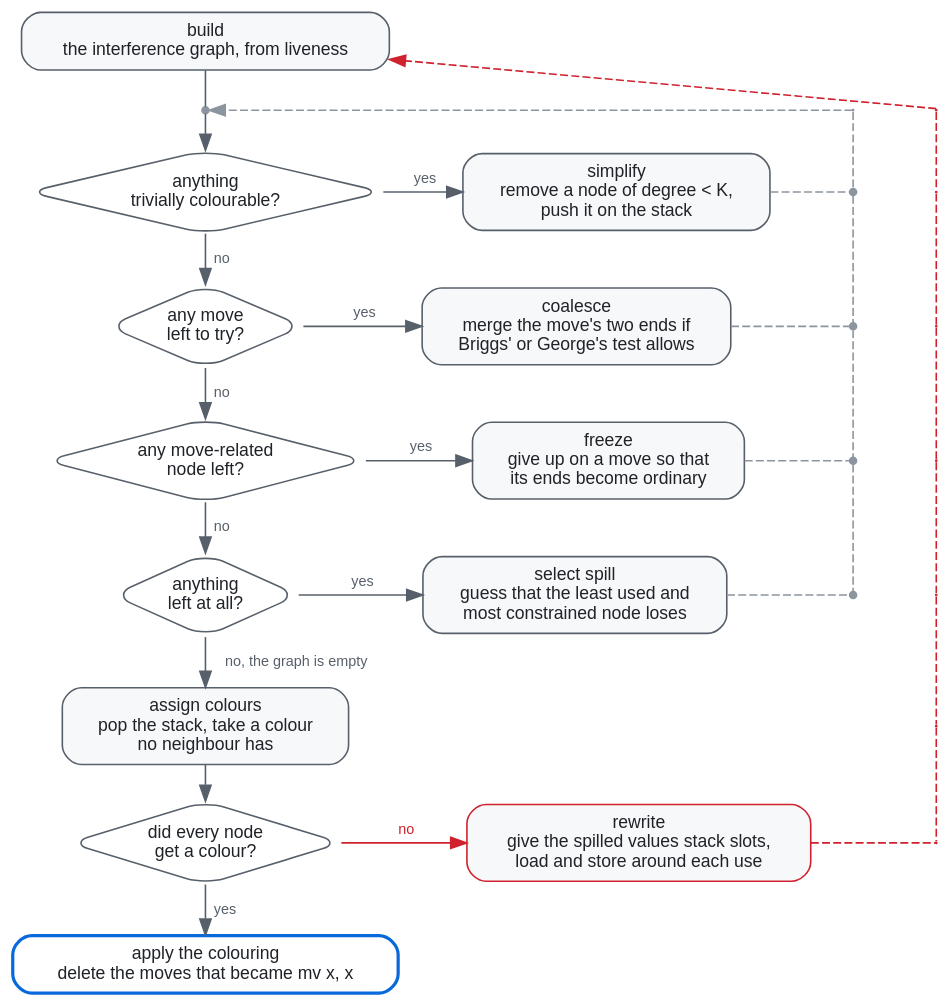
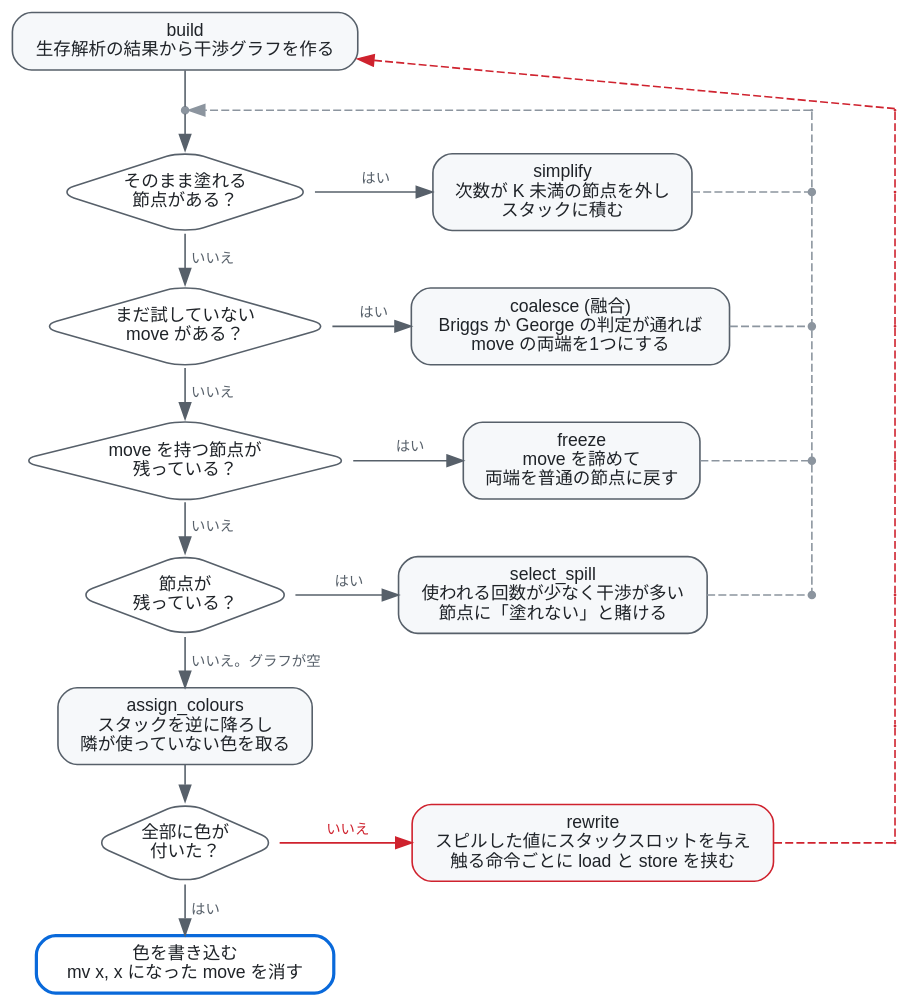
The diagram in Sable/compiler/doc/figures/regalloc-loop.dot (aita/CompLab), drawn with Graphviz before and after one commit. The commit also changed 13 other files, not shown here.

First line of the commit message:
Write the figures in Japanese, like the documents around them

```diff
--- a/Sable/compiler/doc/figures/regalloc-loop.dot
+++ b/Sable/compiler/doc/figures/regalloc-loop.dot
@@ -1,113 +1,115 @@
 // What `work ()` in regalloc.ml does, and the outer loop around it.  The
 // cascade of tests is the `if ... else if ...` chain in the source, in order.
+// Labels are Japanese, like the document; the names of the steps are left as
+// they are in the source so the two can be read side by side.
 //
 // The two return paths run in lanes of their own: a column of point nodes,
 // one per rank, tied together by constrained edges and put in one `group`.
 // That is what makes dot draw them as straight verticals instead of letting
 // each hop wander around whatever box happens to be in the way.
 //
 // Render with ./render.sh (needs graphviz).
 digraph regalloc {
   rankdir = TB;
   bgcolor = "transparent";
   nodesep = 0.35;
   ranksep = 0.30;
   node [shape = box, style = "rounded,filled", fillcolor = "#f6f8fa",
         color = "#57606a", fontcolor = "#1f2328",
         fontname = "Helvetica", fontsize = 11, margin = "0.16,0.09"];
   edge [color = "#57606a", fontcolor = "#57606a",
         fontname = "Helvetica", fontsize = 9];
 
   // ------------------------------------------------ the cascade, one column
   { node [group = "spine"]; build; select; done; }
   { node [shape = diamond, fillcolor = "#ffffff", margin = "0.02,0.01",
           group = "spine"];
     q1; q2; q3; q4; q5; }
   // Where the inner loop rejoins: after build, before the first test.
   { node [shape = point, width = 0.06, style = filled,
           color = "#8c959f", fillcolor = "#8c959f", group = "spine"];
     top; }
 
-  build [label = "build\nthe interference graph, from liveness"];
-  q1 [label = "anything\ntrivially colourable?"];
-  q2 [label = "any move\nleft to try?"];
-  q3 [label = "any move-related\nnode left?"];
-  q4 [label = "anything\nleft at all?"];
-  q5 [label = "did every node\nget a colour?"];
+  build [label = "build\n生存解析の結果から干渉グラフを作る"];
+  q1 [label = "そのまま塗れる\n節点がある？"];
+  q2 [label = "まだ試していない\nmove がある？"];
+  q3 [label = "move を持つ節点が\n残っている？"];
+  q4 [label = "節点が\n残っている？"];
+  q5 [label = "全部に色が\n付いた？"];
 
-  simplify [label = "simplify\nremove a node of degree < K,\npush it on the stack"];
-  coalesce [label = "coalesce\nmerge the move's two ends if\nBriggs' or George's test allows"];
-  freeze   [label = "freeze\ngive up on a move so that\nits ends become ordinary"];
-  spill    [label = "select spill\nguess that the least used and\nmost constrained node loses"];
-  select   [label = "assign colours\npop the stack, take a colour\nno neighbour has"];
-  rewrite  [label = "rewrite\ngive the spilled values stack slots,\nload and store around each use",
+  simplify [label = "simplify\n次数が K 未満の節点を外し\nスタックに積む"];
+  coalesce [label = "coalesce (融合)\nBriggs か George の判定が通れば\nmove の両端を1つにする"];
+  freeze   [label = "freeze\nmove を諦めて\n両端を普通の節点に戻す"];
+  spill    [label = "select_spill\n使われる回数が少なく干渉が多い\n節点に「塗れない」と賭ける"];
+  select   [label = "assign_colours\nスタックを逆に降ろし\n隣が使っていない色を取る"];
+  rewrite  [label = "rewrite\nスピルした値にスタックスロットを与え\n触る命令ごとに load と store を挟む",
             color = "#cf222e"];
-  done     [label = "apply the colouring\ndelete the moves that became mv x, x",
+  done     [label = "色を書き込む\nmv x, x になった move を消す",
             fillcolor = "#ffffff", color = "#0969da", penwidth = 2];
 
   // ------------------------------------------------------------- the lanes
   // b1..b4 are real junctions -- a step joins the lane there -- so they are
   // drawn.  The outer lane joins nothing on the way past, so its nodes are
   // corners only and stay invisible.
   { node [shape = point, width = 0.06, style = filled,
           color = "#8c959f", fillcolor = "#8c959f", group = "inner"];
     b1; b2; b3; b4; }
   // The corner the inner lane turns at, so the last hop is two straight
   // segments rather than one long diagonal.
   { node [shape = point, width = 0.01, style = filled,
           color = "#8c959f", fillcolor = "#8c959f", group = "inner"]; b0; }
   { node [shape = point, width = 0.01, style = filled,
           color = "#cf222e", fillcolor = "#cf222e", group = "outer"];
     c0; c1; c2; c3; c4; c5; c6; }
 
   // ---------------------------------------------------------- the flow down
   build -> top [dir = none];
   top -> q1;
-  q1 -> q2 [label = "  no"];
-  q2 -> q3 [label = "  no"];
-  q3 -> q4 [label = "  no"];
-  q4 -> select [label = "  no, the graph is empty"];
+  q1 -> q2 [label = "  いいえ"];
+  q2 -> q3 [label = "  いいえ"];
+  q3 -> q4 [label = "  いいえ"];
+  q4 -> select [label = "  いいえ。グラフが空"];
   select -> q5;
-  q5 -> done [label = "  yes"];
+  q5 -> done [label = "  はい"];
 
   { rank = same; top; b0; c0; }
   { rank = same; q1; simplify; b1; c1; }
   { rank = same; q2; coalesce; b2; c2; }
   { rank = same; q3; freeze;   b3; c3; }
   { rank = same; q4; spill;    b4; c4; }
   { rank = same; select; c5; }
   { rank = same; q5; rewrite; c6; }
 
   // Flat edges fix the left-to-right order within a rank: the inner lane
   // stays inside the outer one whatever the boxes do.
   edge [style = invis];
   b0 -> c0; b1 -> c1; b2 -> c2; b3 -> c3; b4 -> c4;
   edge [style = solid];
 
-  q1 -> simplify [label = "  yes"];
-  q2 -> coalesce [label = "  yes"];
-  q3 -> freeze [label = "  yes"];
-  q4 -> spill [label = "  yes"];
-  q5 -> rewrite [label = "  no", color = "#cf222e", fontcolor = "#cf222e"];
+  q1 -> simplify [label = "  はい"];
+  q2 -> coalesce [label = "  はい"];
+  q3 -> freeze [label = "  はい"];
+  q4 -> spill [label = "  はい"];
+  q5 -> rewrite [label = "  いいえ", color = "#cf222e", fontcolor = "#cf222e"];
 
-  // Every step of the cascade goes back to the top of the cascade.
+  // どの操作のあとも連鎖の先頭へ戻る。
   simplify -> b1 [dir = none, style = dashed, color = "#8c959f"];
   coalesce -> b2 [dir = none, style = dashed, color = "#8c959f"];
   freeze   -> b3 [dir = none, style = dashed, color = "#8c959f"];
   spill    -> b4 [dir = none, style = dashed, color = "#8c959f"];
   b1 -> b2 [dir = none, style = dashed, color = "#8c959f"];
   b2 -> b3 [dir = none, style = dashed, color = "#8c959f"];
   b3 -> b4 [dir = none, style = dashed, color = "#8c959f"];
   b0 -> b1 [dir = none, style = dashed, color = "#8c959f"];
   b0 -> top [style = dashed, color = "#8c959f", constraint = false];
 
-  // A spill sends the whole thing back to build: a new graph, from scratch.
+  // スピルしたら build からやり直し。グラフを作り直す。
   rewrite -> c6 [dir = none, style = dashed, color = "#cf222e"];
   c0 -> c1 [dir = none, style = dashed, color = "#cf222e"];
   c1 -> c2 [dir = none, style = dashed, color = "#cf222e"];
   c2 -> c3 [dir = none, style = dashed, color = "#cf222e"];
   c3 -> c4 [dir = none, style = dashed, color = "#cf222e"];
   c4 -> c5 [dir = none, style = dashed, color = "#cf222e"];
   c5 -> c6 [dir = none, style = dashed, color = "#cf222e"];
   c0 -> build [style = dashed, color = "#cf222e", constraint = false];
 }
```
